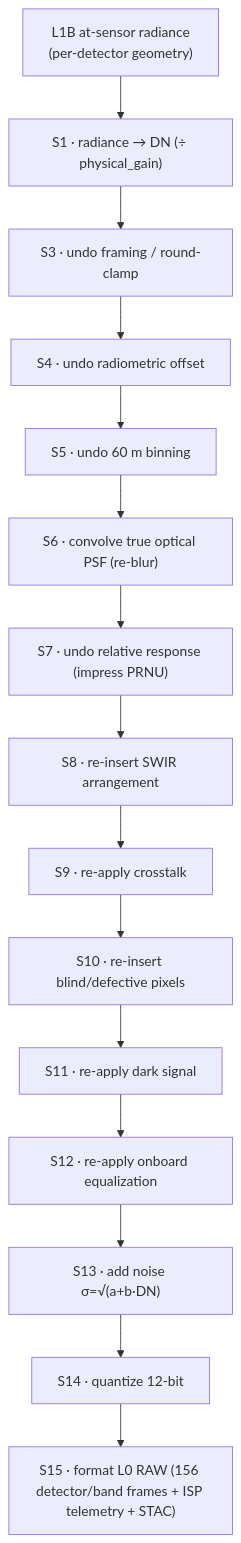
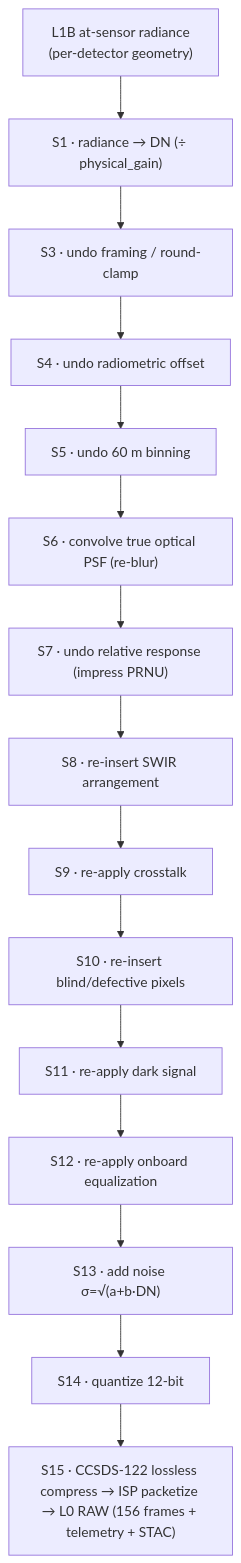
Before and after one commit to AstroCan17/s2-msi-raw-generator: the diagram in docs/atbd/atbd.md, drawn with Mermaid. The commit also changed other lines of this file and 5 other files, not shown here.

Commit message:
feat(ccsds122): CCSDS 122.0-B lossless image compression codec (integer DWT 9/7-M + bit-plane coder)

````diff
--- a/docs/atbd/atbd.md
+++ b/docs/atbd/atbd.md
@@ -129,19 +129,19 @@
 ```mermaid
 flowchart TD
     IN["L1B at-sensor radiance<br/>(per-detector geometry)"]
     S1["S1 · radiance → DN (÷ physical_gain)"]
     S3["S3 · undo framing / round-clamp"]
     S4["S4 · undo radiometric offset"]
     S5["S5 · undo 60 m binning"]
     S6["S6 · convolve true optical PSF (re-blur)"]
     S7["S7 · undo relative response (impress PRNU)"]
     S8["S8 · re-insert SWIR arrangement"]
     S9["S9 · re-apply crosstalk"]
     S10["S10 · re-insert blind/defective pixels"]
     S11["S11 · re-apply dark signal"]
     S12["S12 · re-apply onboard equalization"]
     S13["S13 · add noise σ=√(a+b·DN)"]
     S14["S14 · quantize 12-bit"]
-    S15["S15 · format L0 RAW (156 detector/band frames + ISP telemetry + STAC)"]
+    S15["S15 · CCSDS-122 lossless compress → ISP packetize → L0 RAW (156 frames + telemetry + STAC)"]
     IN --> S1 --> S3 --> S4 --> S5 --> S6 --> S7 --> S8 --> S9 --> S10 --> S11 --> S12 --> S13 --> S14 --> S15
 ```
````
